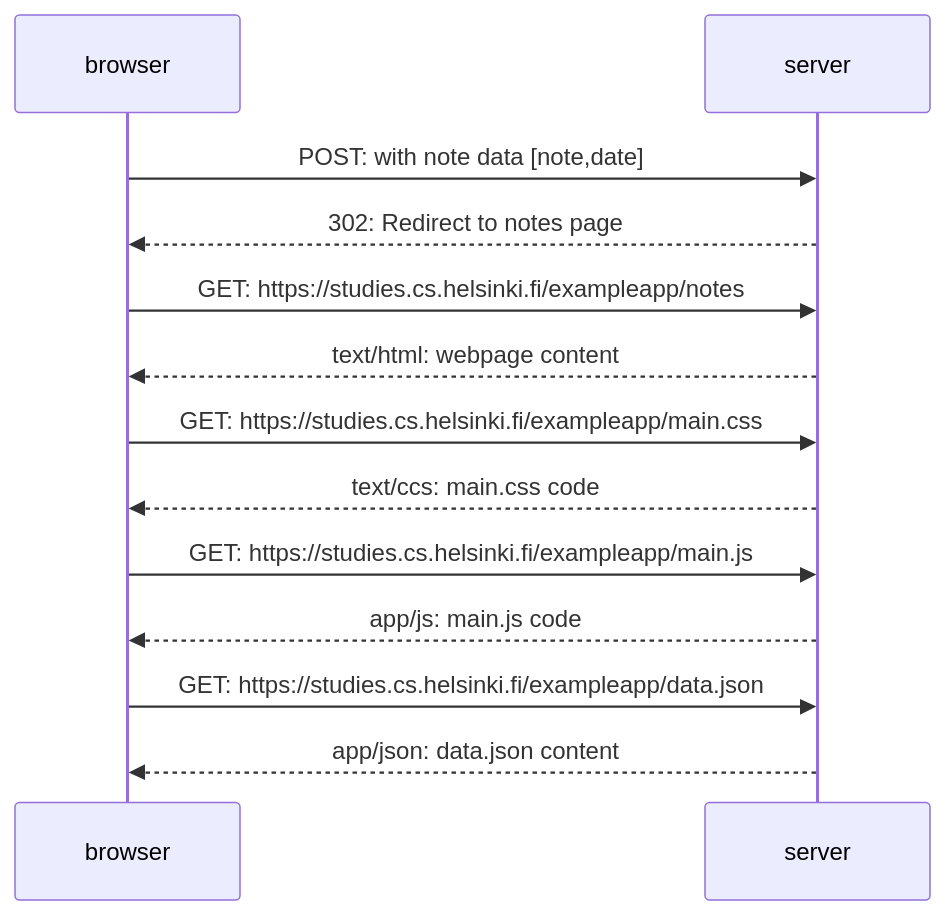
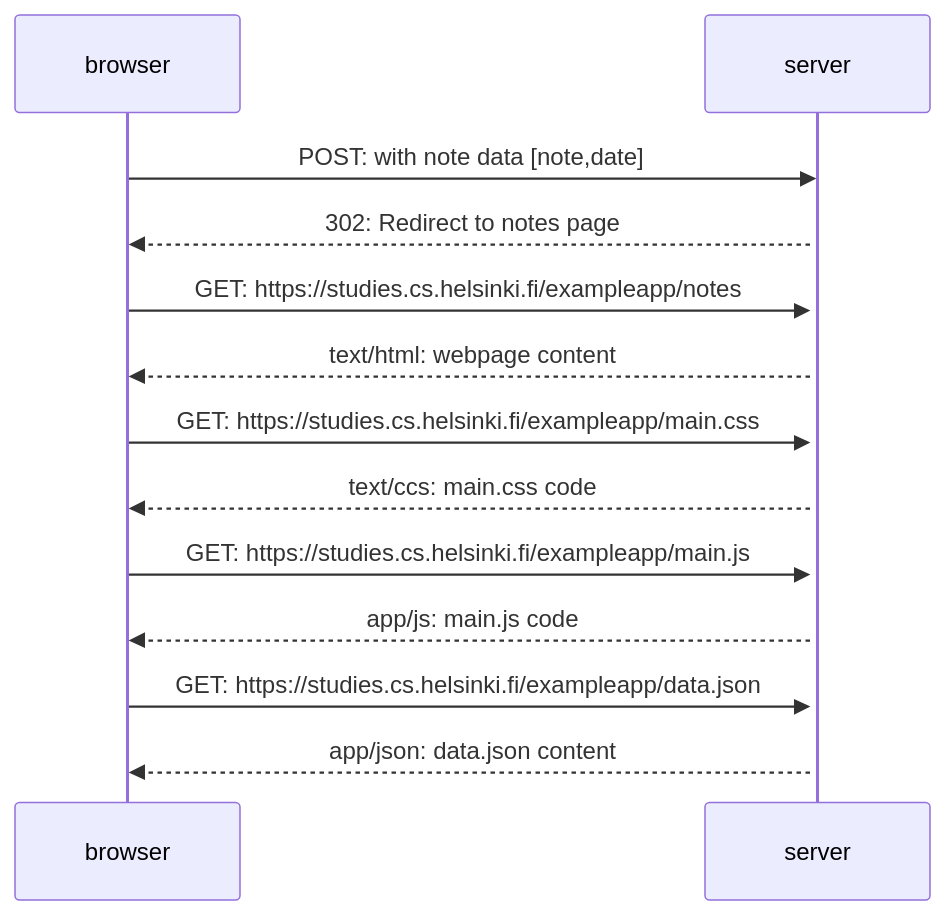
One commit to Eruasemo/fullstackopen changed the diagram in part0/exercise0.4/e4.md. Above: the diagram before and after it, drawn with Mermaid.

````diff
--- a/part0/exercise0.4/e4.md
+++ b/part0/exercise0.4/e4.md
@@ -2,16 +2,17 @@
 ```mermaid
 sequenceDiagram
     participant browser
     participant server
 
    browser ->> server: POST: with note data [note,date]
+   activate server
    server -->> browser: 302: Redirect to notes page
    browser ->> server: GET: https://studies.cs.helsinki.fi/exampleapp/notes
    server -->> browser: text/html: webpage content
    browser ->> server: GET: https://studies.cs.helsinki.fi/exampleapp/main.css
    server -->> browser: text/ccs: main.css code
    browser ->> server: GET: https://studies.cs.helsinki.fi/exampleapp/main.js
    server -->> browser:app/js: main.js code
    browser ->> server: GET: https://studies.cs.helsinki.fi/exampleapp/data.json
    server -->> browser: app/json: data.json content
 ```
````
